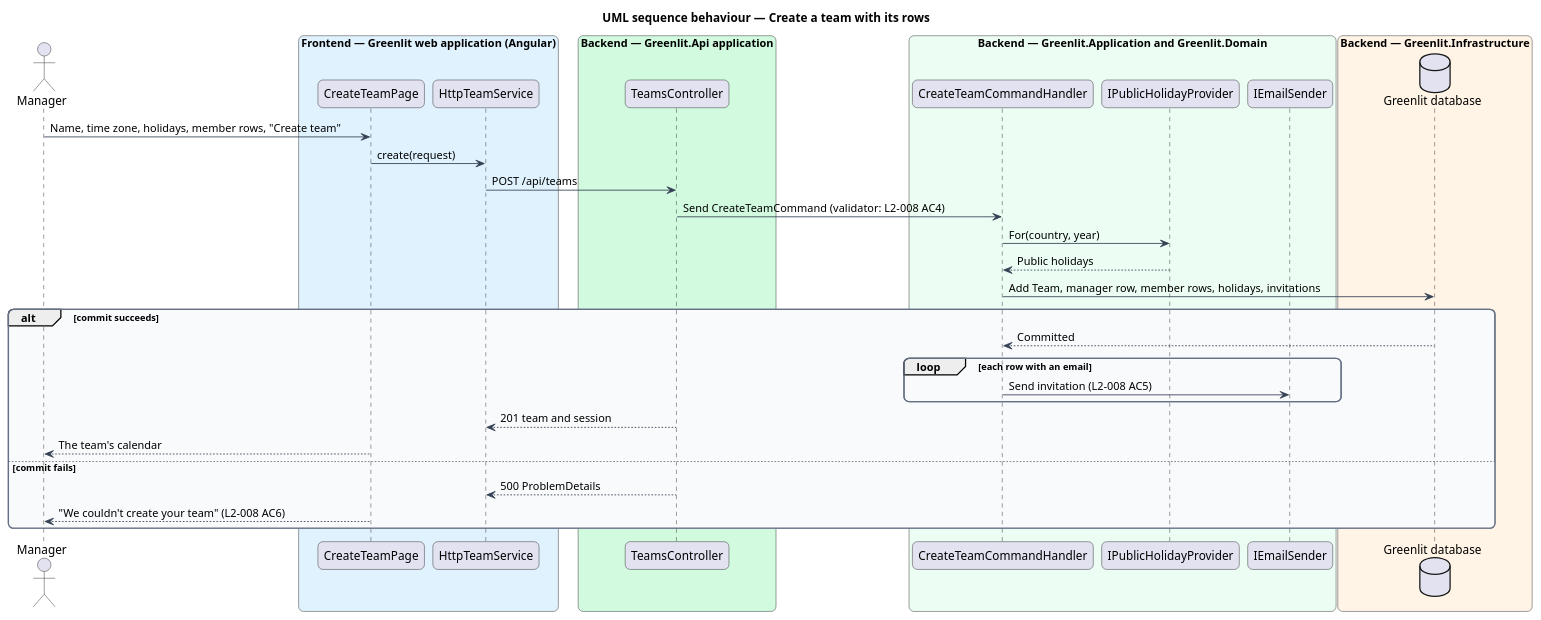
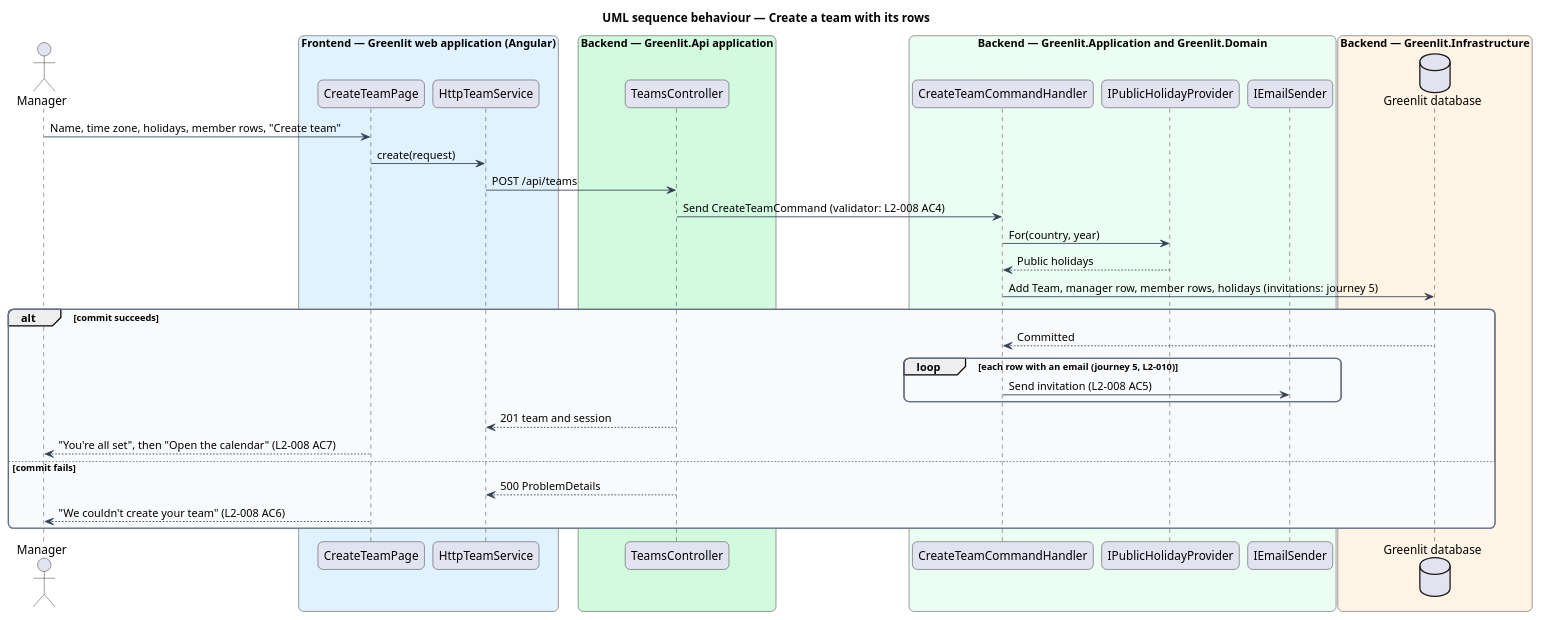
One commit to QuinntyneBrown/greenlit changed the diagram in docs/detailed-designs/teams/create-team/diagrams/sequence-create.puml. Above: the diagram before and after it, drawn with PlantUML. The commit also changed 14 other files, not shown here.

First line of the commit message:
Record journey 3 decisions in the create-team design, L2-008 and ADR-005

```diff
--- a/docs/detailed-designs/teams/create-team/diagrams/sequence-create.puml
+++ b/docs/detailed-designs/teams/create-team/diagrams/sequence-create.puml
@@ -1,51 +1,51 @@
 @startuml
 title UML sequence behaviour — Create a team with its rows
 skinparam backgroundColor #FFFFFF
 skinparam shadowing false
 skinparam roundcorner 12
 skinparam defaultFontName Arial
 skinparam ArrowColor #344054
 skinparam rectangle {
   BorderColor #344054
   FontColor #101828
 }
 skinparam package {
   BorderColor #667085
   FontColor #101828
   BackgroundColor #F9FAFB
 }
 actor "Manager" as actor
 box "Frontend — Greenlit web application (Angular)" #E0F2FE
   participant "CreateTeamPage" as page
   participant "HttpTeamService" as client
 end box
 box "Backend — Greenlit.Api application" #D1FADF
   participant "TeamsController" as ctrl
 end box
 box "Backend — Greenlit.Application and Greenlit.Domain" #ECFDF3
   participant "CreateTeamCommandHandler" as handler
   participant "IPublicHolidayProvider" as hol
   participant "IEmailSender" as mail
 end box
 box "Backend — Greenlit.Infrastructure" #FFF4E5
   database "Greenlit database" as db
 end box
 actor -> page : Name, time zone, holidays, member rows, "Create team"
 page -> client : create(request)
 client -> ctrl : POST /api/teams
 ctrl -> handler : Send CreateTeamCommand (validator: L2-008 AC4)
 handler -> hol : For(country, year)
 hol --> handler : Public holidays
-handler -> db : Add Team, manager row, member rows, holidays, invitations
+handler -> db : Add Team, manager row, member rows, holidays (invitations: journey 5)
 alt commit succeeds
   db --> handler : Committed
-  loop each row with an email
+  loop each row with an email (journey 5, L2-010)
     handler -> mail : Send invitation (L2-008 AC5)
   end
   ctrl --> client : 201 team and session
-  page --> actor : The team's calendar
+  page --> actor : "You're all set", then "Open the calendar" (L2-008 AC7)
 else commit fails
   ctrl --> client : 500 ProblemDetails
   page --> actor : "We couldn't create your team" (L2-008 AC6)
 end
 @enduml
```
